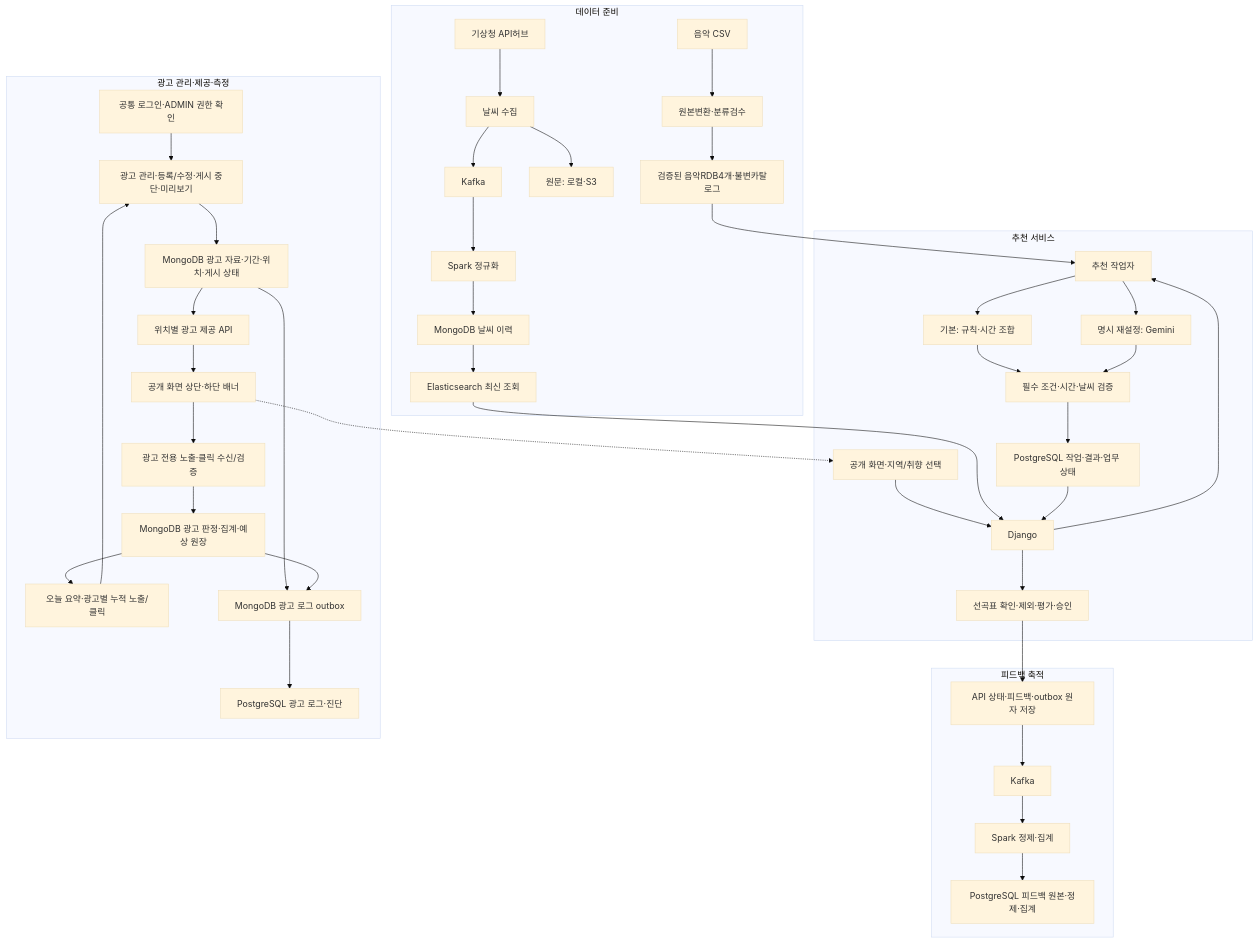
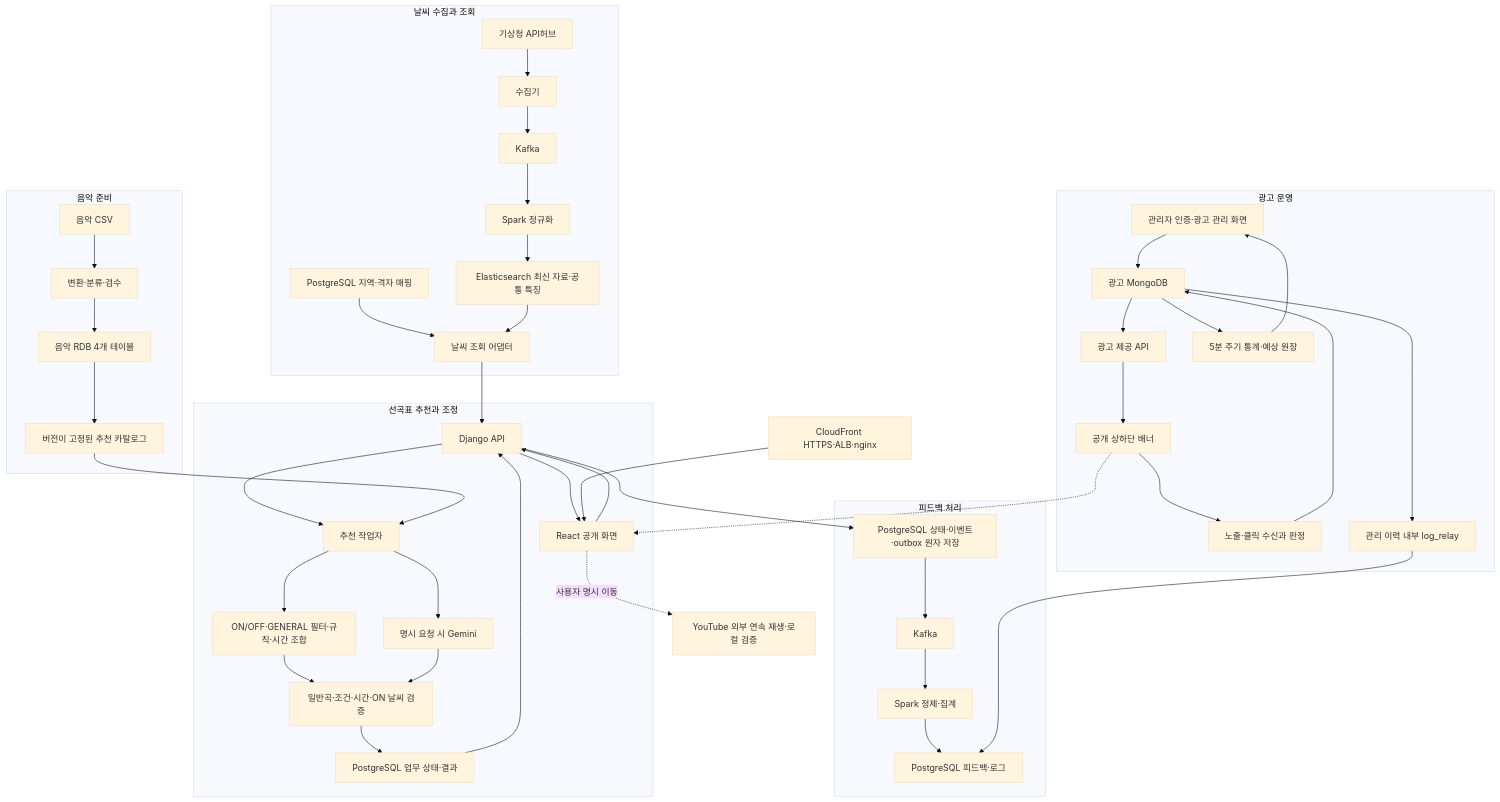
The first of 2 diagrams in README.md (encore-ai-campus/mlo-01-p3-team1), drawn with Mermaid (base theme) before and after one commit. The commit also changed other lines of this file, not shown here.

````diff
--- a/README.md
+++ b/README.md
@@ -65,46 +83,49 @@
 ```mermaid
 flowchart TB
-    subgraph DATA[데이터 준비]
-        CSV[음악 CSV] --> REVIEW[원본변환·분류검수]
-        REVIEW --> MUSIC[검증된 음악RDB4개·불변카탈로그]
-        KMA[기상청 API허브] --> COLLECT[날씨 수집]
-        COLLECT --> RAW[원문: 로컬·S3]
+    subgraph WEATHER[날씨 수집과 조회]
+        KMA[기상청 API허브] --> COLLECT[수집기]
         COLLECT --> WK[Kafka]
         WK --> WS[Spark 정규화]
-        WS --> MONGO[MongoDB 날씨 이력]
-        MONGO --> ES[Elasticsearch 최신 조회]
+        WS --> ES[Elasticsearch 최신 자료·공통 특징]
+        MAP[PostgreSQL 지역·격자 매핑] --> WEATHER_API[날씨 조회 어댑터]
+        ES --> WEATHER_API
     end
-    subgraph SERVICE[추천 서비스]
-        WEB[공개 화면·지역/취향 선택] --> API[Django]
-        ES --> API
+    subgraph MUSIC[음악 준비]
+        CSV[음악 CSV] --> REVIEW[변환·분류·검수]
+        REVIEW --> MRDB[음악 RDB 4개 테이블]
+        MRDB --> CATALOG[버전이 고정된 추천 카탈로그]
+    end
+    subgraph SERVICE[선곡표 추천과 조정]
+        WEB[React 공개 화면] --> API[Django API]
+        WEATHER_API --> API
         API --> WORKER[추천 작업자]
-        MUSIC --> WORKER
-        WORKER --> RULE[기본: 규칙·시간 조합]
-        WORKER --> GEMINI[명시 재설정: Gemini]
-        RULE --> CHECK[필수 조건·시간·날씨 검증]
+        CATALOG --> WORKER
+        WORKER --> RULE[ON/OFF·GENERAL 필터·규칙·시간 조합]
+        WORKER --> GEMINI[명시 요청 시 Gemini]
+        RULE --> CHECK[일반곡·조건·시간·ON 날씨 검증]
         GEMINI --> CHECK
-        CHECK --> DB[PostgreSQL 작업·결과·업무 상태]
-        DB --> API
-        API --> RESULT[선곡표 확인·제외·평가·승인]
+        CHECK --> STATE[PostgreSQL 업무 상태·결과]
+        STATE --> API
+        API --> WEB
     end
-    subgraph FEEDBACK[피드백 축적]
-        RESULT --> SAVE[API 상태·피드백·outbox 원자 저장]
-        SAVE --> FK[Kafka]
+    subgraph FEEDBACK[피드백 처리]
+        API --> EVENT[PostgreSQL 상태·이벤트·outbox 원자 저장]
+        EVENT --> FK[Kafka]
         FK --> FS[Spark 정제·집계]
-        FS --> LOGDB[PostgreSQL 피드백 원본·정제·집계]
+        FS --> LOG[PostgreSQL 피드백·로그]
     end
-    subgraph ADS[광고 관리·제공·측정]
-        LOGIN[공통 로그인·ADMIN 권한 확인] --> ADADMIN[광고 관리·등록/수정·게시 중단·미리보기]
-        ADADMIN --> ADSTORE[MongoDB 광고 자료·기간·위치·게시 상태]
-        ADSTORE --> DELIVERY[위치별 광고 제공 API]
-        DELIVERY --> BANNERS[공개 화면 상단·하단 배너]
-        BANNERS --> ADEVENT[광고 전용 노출·클릭 수신/검증]
-        ADEVENT --> ADMETRICS[MongoDB 광고 판정·집계·예상 원장]
-        ADMETRICS --> ADSTATS[오늘 요약·광고별 누적 노출/클릭]
-        ADSTATS --> ADADMIN
-        ADSTORE --> ADOUTBOX[MongoDB 광고 로그 outbox]
-        ADMETRICS --> ADOUTBOX
-        ADOUTBOX --> ADLOG[PostgreSQL 광고 로그·진단]
+    subgraph ADS[광고 운영]
+        ADMIN[관리자 인증·광고 관리 화면] --> AM[광고 MongoDB]
+        AM --> DELIVERY[광고 제공 API]
+        DELIVERY --> BANNER[공개 상하단 배너]
+        BANNER --> MEASURE[노출·클릭 수신과 판정]
+        MEASURE --> AM
+        AM --> STATS[5분 주기 통계·예상 원장]
+        STATS --> ADMIN
+        AM --> RELAY[관리 이력 내부 log_relay]
+        RELAY --> LOG
     end
-    BANNERS -.-> WEB
+    BANNER -.-> WEB
+    EDGE[CloudFront HTTPS·ALB·nginx] --> WEB
+    WEB -. 사용자 명시 이동 .-> YOUTUBE[YouTube 외부 연속 재생·로컬 검증]
 ```
````
